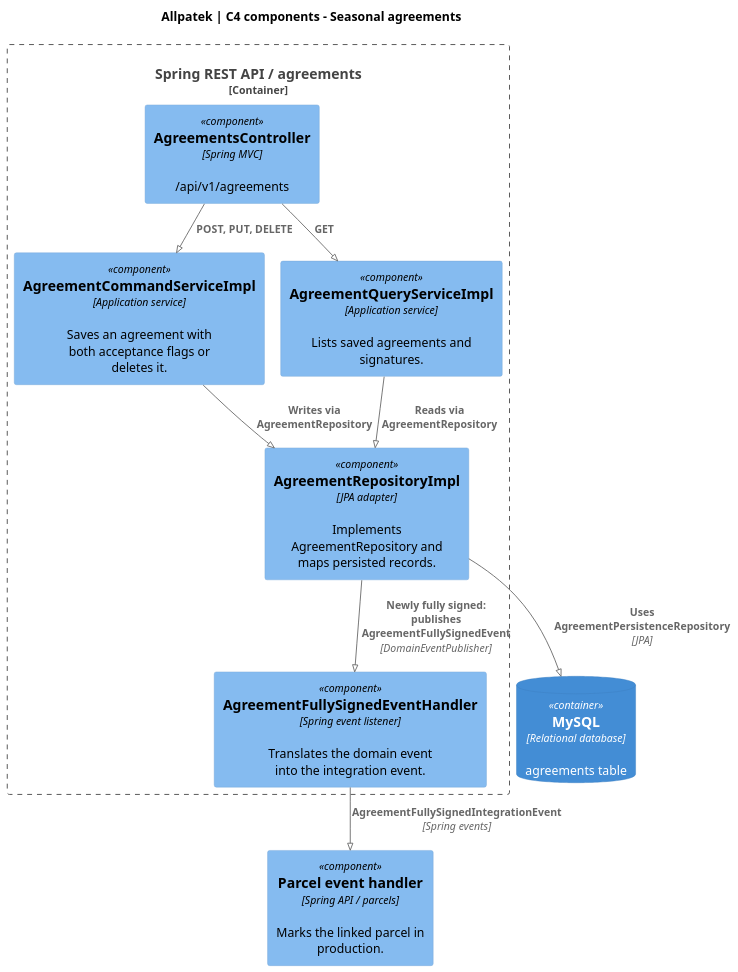
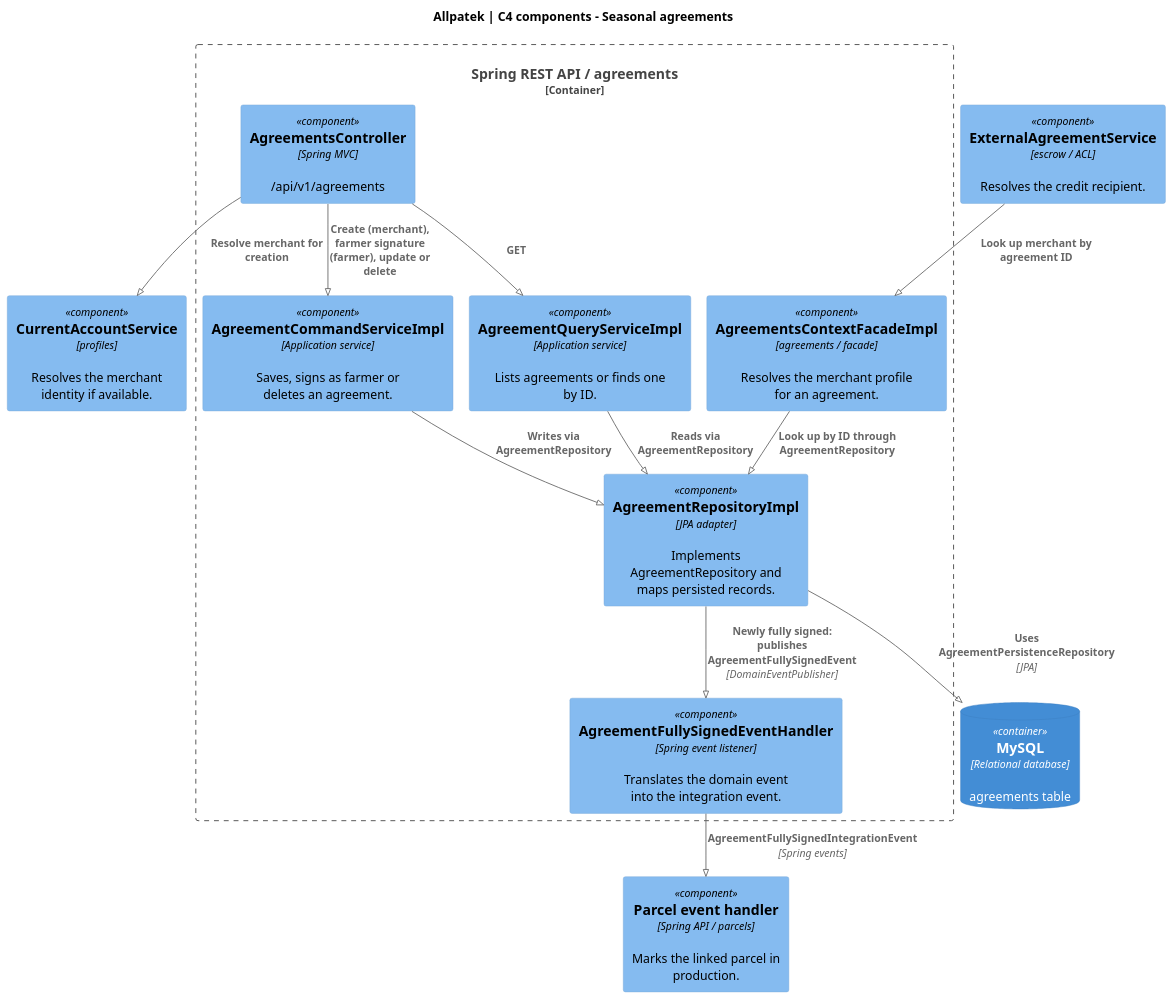
Before and after one commit to upc-pre-202620-1asi0729-7753-Terranova/allpatek-report: the diagram in assets/chapter-04/architecture/c4-agreements.puml, drawn with PlantUML. The commit also changed 3 other files, not shown here.

Commit message:
docs(c4): trace farmer signatures and merchant lookup

```diff
--- a/assets/chapter-04/architecture/c4-agreements.puml
+++ b/assets/chapter-04/architecture/c4-agreements.puml
@@ -1,28 +1,35 @@
 @startuml
 !pragma layout smetana
 !include <C4/C4_Component>
 skinparam backgroundColor white
 skinparam defaultFontName SansSerif
 skinparam shadowing false
 skinparam dpi 120
 LAYOUT_TOP_DOWN()
 
 title Allpatek | C4 components - Seasonal agreements
 Container_Boundary(api, "Spring REST API / agreements") {
   Component(rest, "AgreementsController", "Spring MVC", "/api/v1/agreements")
-  Component(cmd, "AgreementCommandServiceImpl", "Application service", "Saves an agreement with both acceptance flags or deletes it.")
-  Component(query, "AgreementQueryServiceImpl", "Application service", "Lists saved agreements and signatures.")
+  Component(cmd, "AgreementCommandServiceImpl", "Application service", "Saves, signs as farmer or deletes an agreement.")
+  Component(query, "AgreementQueryServiceImpl", "Application service", "Lists agreements or finds one by ID.")
   Component(repo, "AgreementRepositoryImpl", "JPA adapter", "Implements AgreementRepository and maps persisted records.")
   Component(bridge, "AgreementFullySignedEventHandler", "Spring event listener", "Translates the domain event into the integration event.")
+  Component(fac, "AgreementsContextFacadeImpl", "agreements / facade", "Resolves the merchant profile for an agreement.")
 }
 
 Component(consumer, "Parcel event handler", "Spring API / parcels", "Marks the linked parcel in production.")
 ContainerDb(db, "MySQL", "Relational database", "agreements table")
-Rel(rest, cmd, "POST, PUT, DELETE")
+Rel(rest, cmd, "Create (merchant), farmer signature (farmer), update or delete")
 Rel(rest, query, "GET")
 Rel(cmd, repo, "Writes via AgreementRepository")
 Rel(query, repo, "Reads via AgreementRepository")
 Rel(repo, db, "Uses AgreementPersistenceRepository", "JPA")
 Rel(repo, bridge, "Newly fully signed: publishes AgreementFullySignedEvent", "DomainEventPublisher")
 Rel(bridge, consumer, "AgreementFullySignedIntegrationEvent", "Spring events")
+Component(account, "CurrentAccountService", "profiles", "Resolves the merchant identity if available.")
+
+Component(esc, "ExternalAgreementService", "escrow / ACL", "Resolves the credit recipient.")
+Rel(rest, account, "Resolve merchant for creation")
+Rel(esc, fac, "Look up merchant by agreement ID")
+Rel(fac, repo, "Look up by ID through AgreementRepository")
 @enduml
```
